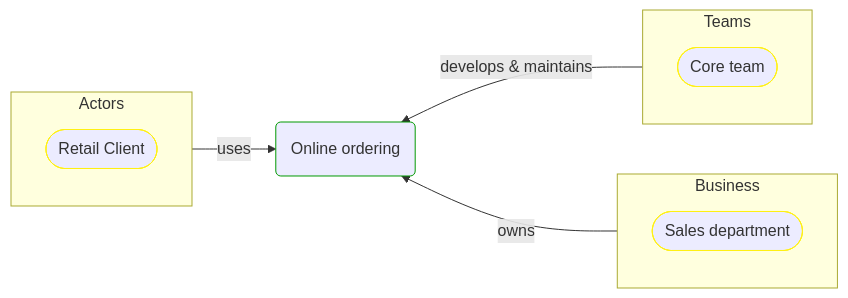
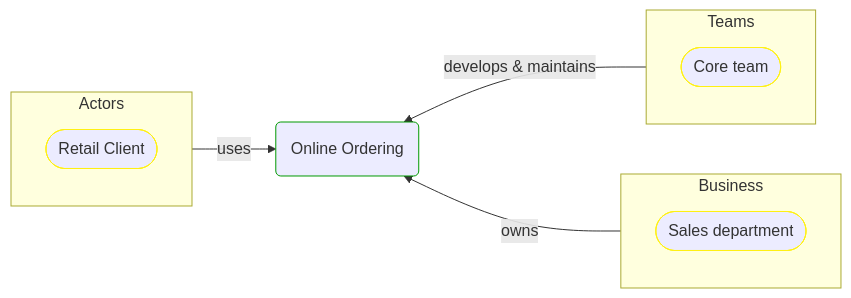
One commit to itlibrium/DDD-starter-dotnet changed the fourth of 4 diagrams in Docs/P3/MermaidOutput/Domain/Processes/OnlineOrdering.md. Above: the diagram before and after it, drawn with Mermaid. The commit also changed other lines of this file and 237 other files, not shown here.

````diff
--- a/Docs/P3/MermaidOutput/Domain/Processes/OnlineOrdering.md
+++ b/Docs/P3/MermaidOutput/Domain/Processes/OnlineOrdering.md
@@ -72,31 +72,31 @@
 ```mermaid
   flowchart LR
     subgraph 0["Actors"]
       direction TB
       1([Retail Client])
       class 1 PeoplePerspective
     end
-    2(Online ordering)
+    2(Online Ordering)
     class 2 DomainPerspective
     0-->|uses|2
     subgraph 3["Teams"]
       direction TB
       4([Core team])
       class 4 PeoplePerspective
     end
     2---3
     3-->|develops & maintains|2
     3---2
     subgraph 5["Business"]
       direction TB
       6([Sales department])
       class 6 PeoplePerspective
     end
     2---5
     5-->|owns|2
     5---2
     linkStyle 1,3,4,6 stroke:none
     classDef DomainPerspective stroke:#009900
     classDef TechnologyPerspective stroke:#1F41EB
     classDef PeoplePerspective stroke:#FFF014
 ```
````
